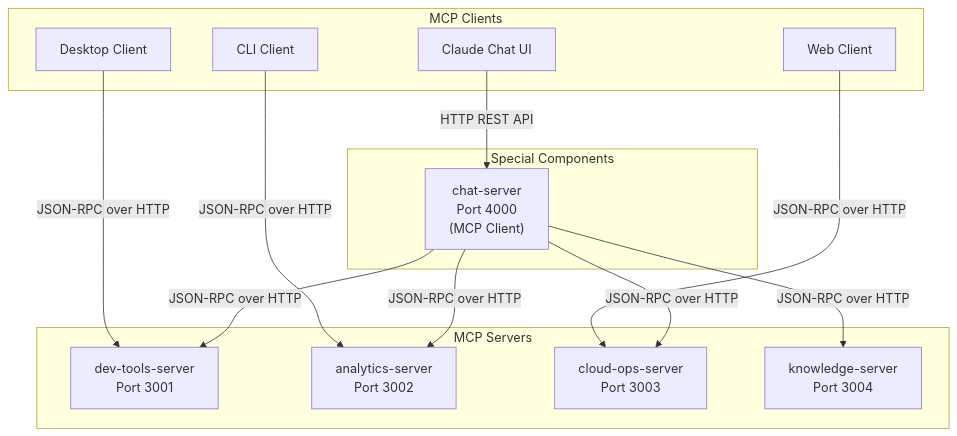
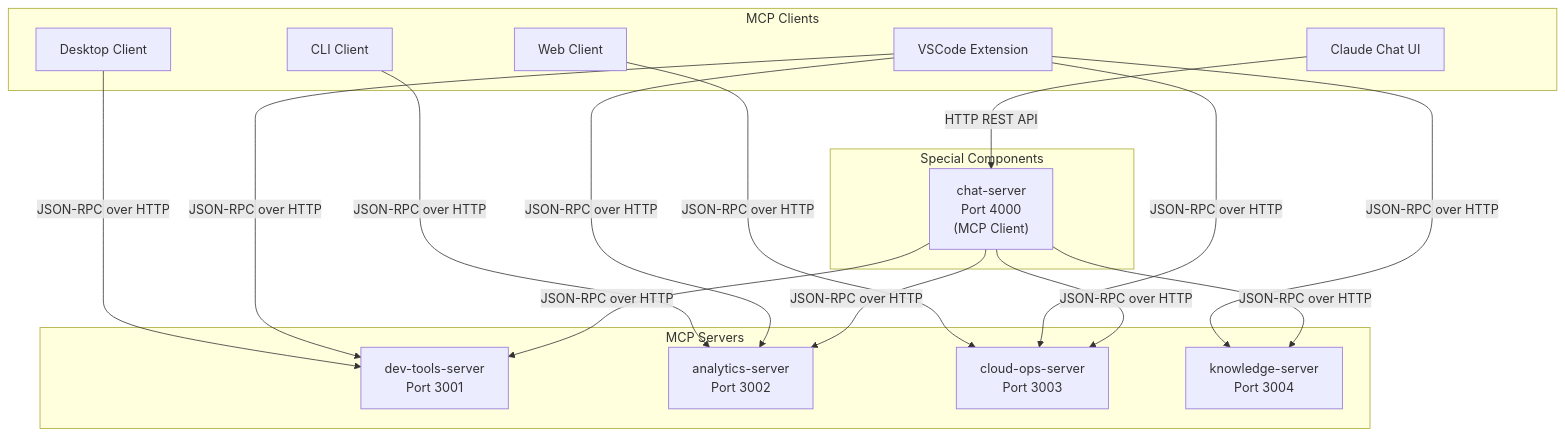
The diagram in README.md (chief-builder/mcp-typescript-demo), drawn with Mermaid before and after one commit. The commit also changed other lines of this file and 25 other files, not shown here.

First line of the commit message:
feat: add VSCode extension and update documentation

````diff
--- a/README.md
+++ b/README.md
@@ -50,30 +50,35 @@
 ```mermaid
 graph TB
     subgraph MCPClients ["MCP Clients"]
         Desktop[Desktop Client]
         CLI[CLI Client]
         Web[Web Client]
         Claude[Claude Chat UI]
+        VSCode[VSCode Extension]
     end
 
     subgraph MCPServers ["MCP Servers"]
         DevTools["dev-tools-server<br/>Port 3001"]
         Analytics["analytics-server<br/>Port 3002"]
         CloudOps["cloud-ops-server<br/>Port 3003"]
         Knowledge["knowledge-server<br/>Port 3004"]
     end
 
     subgraph SpecialComponents ["Special Components"]
         ChatServer["chat-server<br/>Port 4000<br/>(MCP Client)"]
     end
 
     Desktop -->|JSON-RPC over HTTP| DevTools
     CLI -->|JSON-RPC over HTTP| Analytics
     Web -->|JSON-RPC over HTTP| CloudOps
     Claude -->|HTTP REST API| ChatServer
+    VSCode -->|JSON-RPC over HTTP| DevTools
+    VSCode -->|JSON-RPC over HTTP| Analytics
+    VSCode -->|JSON-RPC over HTTP| CloudOps
+    VSCode -->|JSON-RPC over HTTP| Knowledge
     
     ChatServer -->|JSON-RPC over HTTP| DevTools
     ChatServer -->|JSON-RPC over HTTP| Analytics
     ChatServer -->|JSON-RPC over HTTP| CloudOps
     ChatServer -->|JSON-RPC over HTTP| Knowledge
 ```
````
